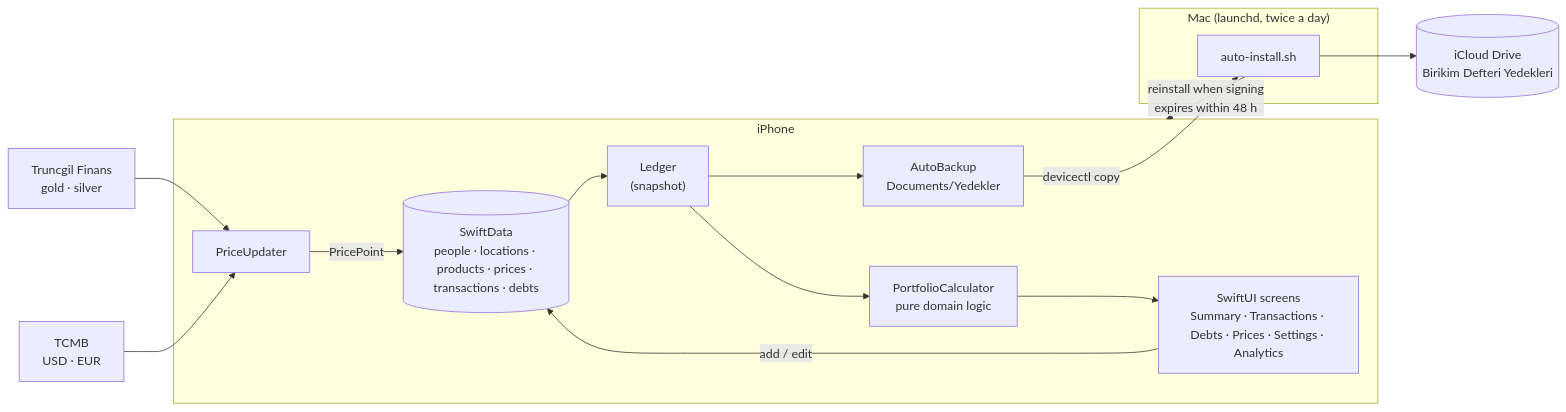
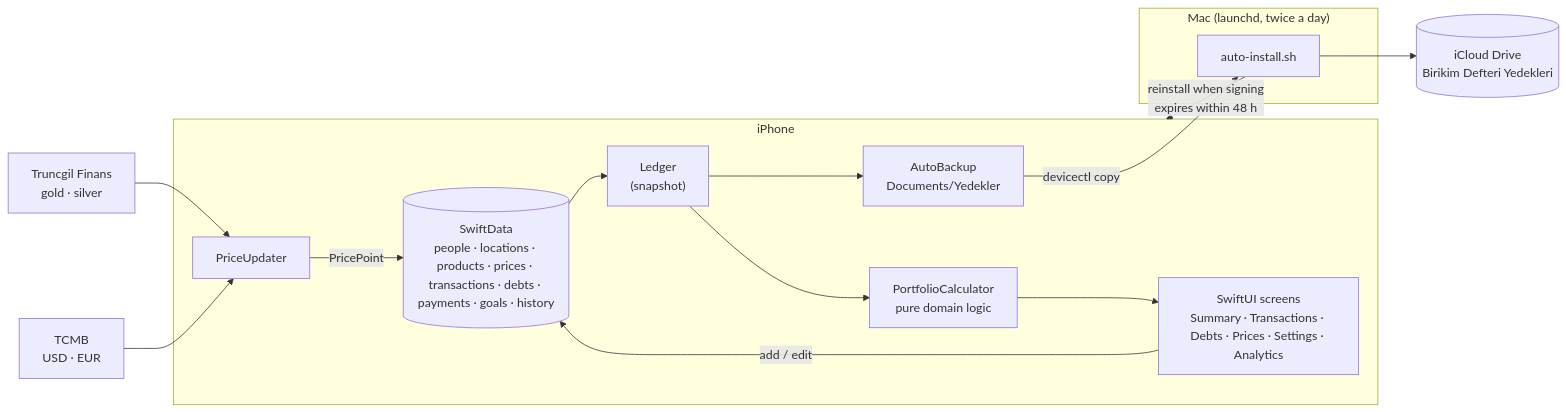
Before and after one commit to kadirtuna/BirikimDefteri: the first of 2 diagrams in README.md, drawn with Mermaid. The commit also changed other lines of this file and 31 other files, not shown here.

````diff
--- a/README.md
+++ b/README.md
@@ -88,22 +94,22 @@
 ```mermaid
 flowchart LR
     subgraph Device["iPhone"]
-        SD[("SwiftData<br/>people · locations · products · prices · transactions · debts")]
+        SD[("SwiftData<br/>people · locations · products · prices · transactions · debts · payments · goals · history")]
         L["Ledger<br/>(snapshot)"]
         PC["PortfolioCalculator<br/>pure domain logic"]
         UI["SwiftUI screens<br/>Summary · Transactions · Debts · Prices · Settings · Analytics"]
         PU["PriceUpdater"]
         AB["AutoBackup<br/>Documents/Yedekler"]
         SD --> L --> PC --> UI
         UI -- "add / edit" --> SD
         PU -- "PricePoint" --> SD
         L --> AB
     end
     TR["Truncgil Finans<br/>gold · silver"] --> PU
     TC["TCMB<br/>USD · EUR"] --> PU
     subgraph Mac["Mac (launchd, twice a day)"]
         AI["auto-install.sh"]
     end
     AB -- "devicectl copy" --> AI --> IC[("iCloud Drive<br/>Birikim Defteri Yedekleri")]
     AI -- "reinstall when signing<br/>expires within 48 h" --> Device
 ```
````
